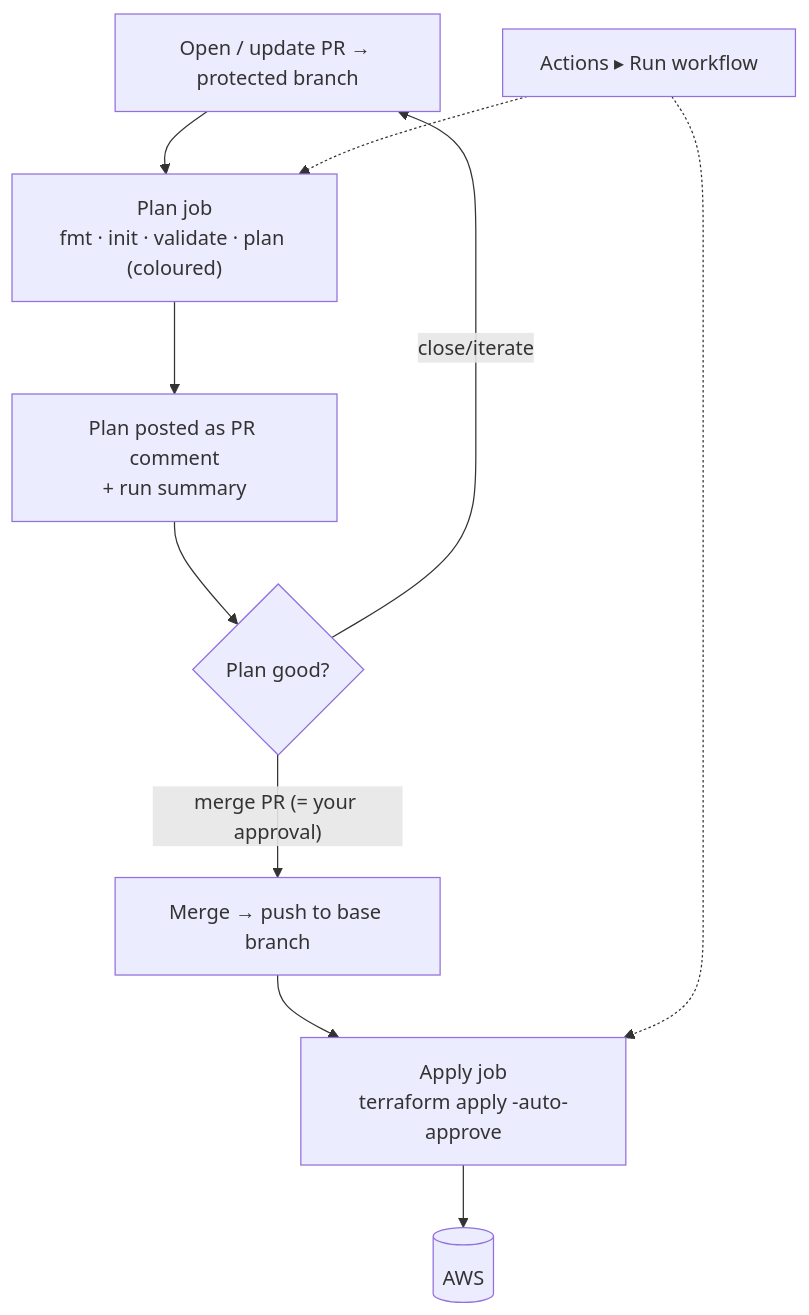
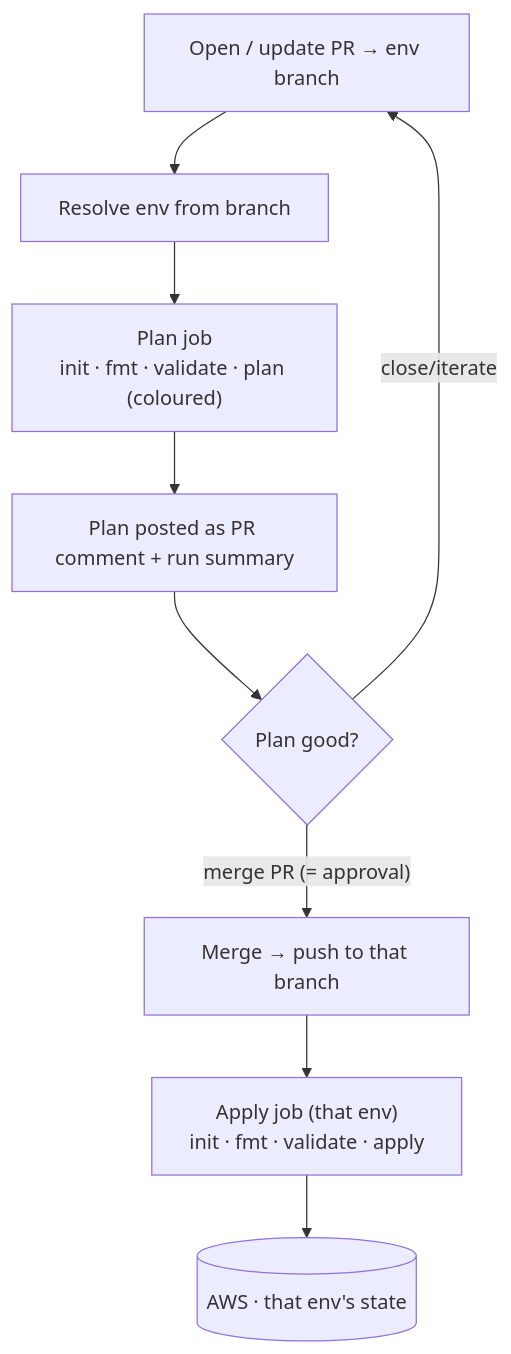
Before and after one commit to BrandonLeroux/capitec-terraform-training: the sixth of 6 diagrams in README.md, drawn with Mermaid. The commit also changed other lines of this file and 2 other files, not shown here.

````diff
--- a/README.md
+++ b/README.md
@@ -146,13 +152,11 @@
 ```mermaid
 flowchart TD
-  open["Open / update PR → protected branch"] --> plan["Plan job<br/>fmt · init · validate · plan (coloured)"]
-  plan --> post["Plan posted as PR comment<br/>+ run summary"]
+  open["Open / update PR → env branch"] --> resolve["Resolve env from branch"]
+  resolve --> plan["Plan job<br/>init · fmt · validate · plan (coloured)"]
+  plan --> post["Plan posted as PR comment + run summary"]
   post --> gate{"Plan good?"}
-  gate -- "merge PR (= your approval)" --> merge["Merge → push to base branch"]
+  gate -- "merge PR (= approval)" --> merge["Merge → push to that branch"]
   gate -- "close/iterate" --> open
-  merge --> apply["Apply job<br/>terraform apply -auto-approve"]
-  apply --> aws[("AWS")]
-
-  manual["Actions ▸ Run workflow"] -.-> plan
-  manual -.-> apply
+  merge --> apply["Apply job (that env)<br/>init · fmt · validate · apply"]
+  apply --> aws[("AWS · that env's state")]
 ```
````
